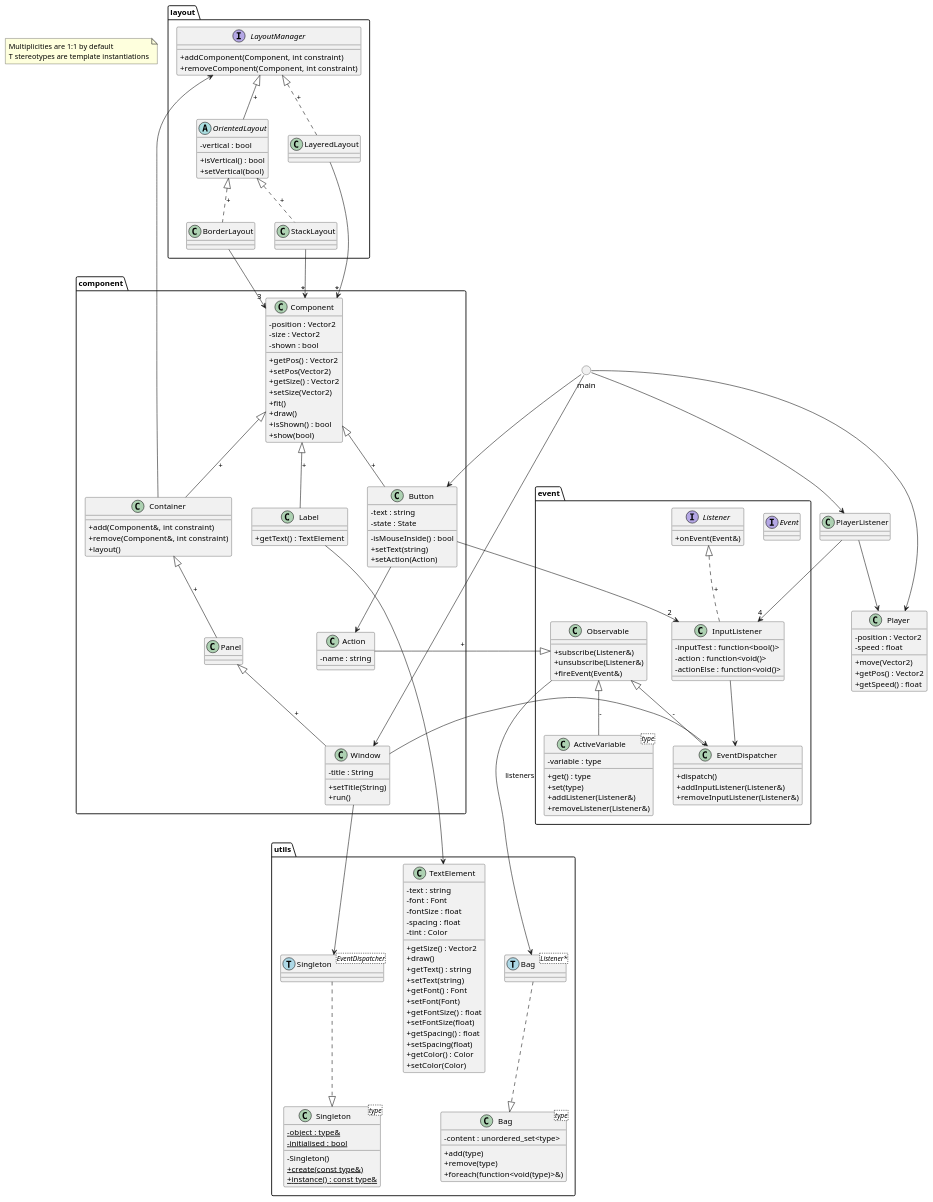
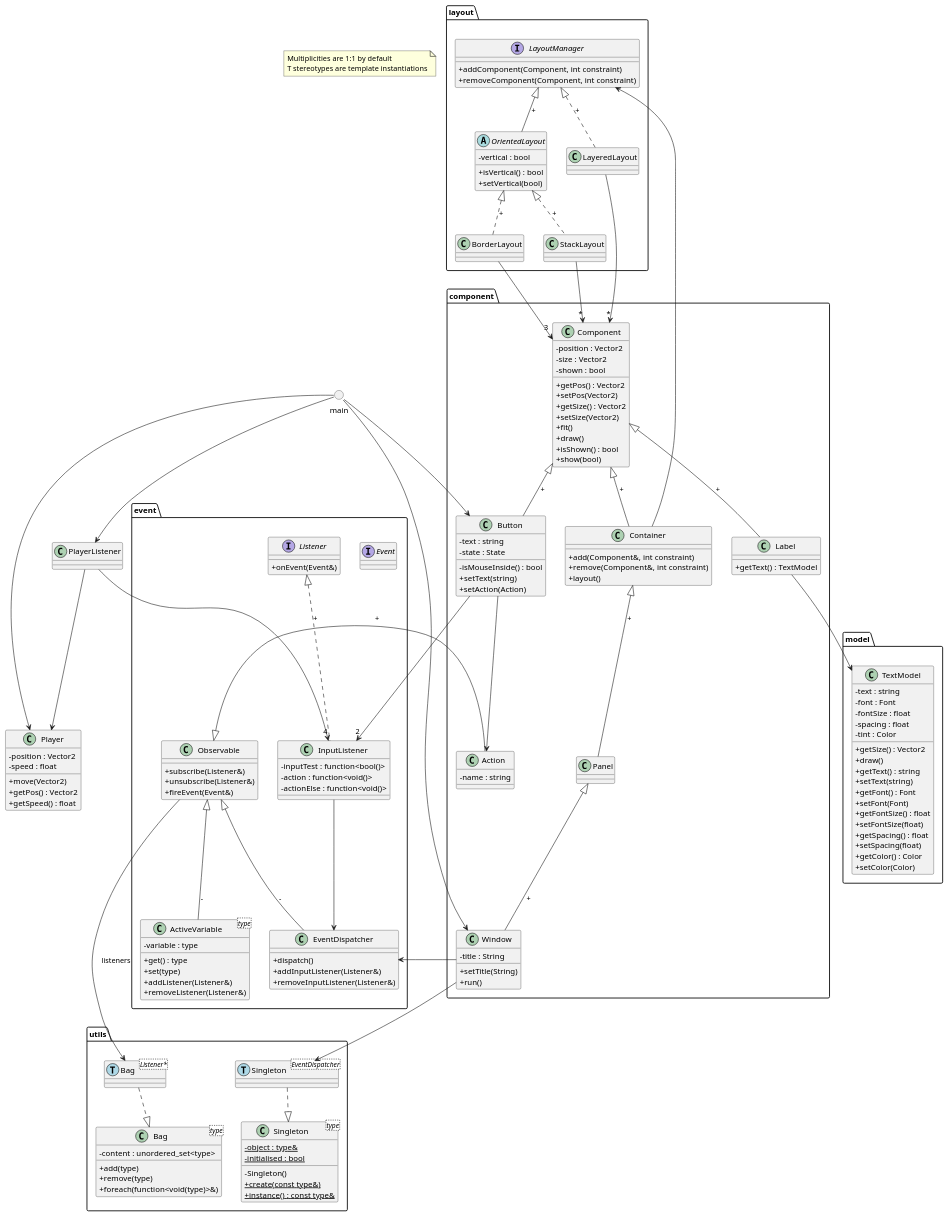
Before and after one commit to julesdupuis/CPP-UI-toolkit: the diagram in project.puml, drawn with PlantUML. The commit also changed 7 other files, not shown here.

Commit message:
renamed TextElement into TextModel and created a new model package for models

```diff
--- a/project.puml
+++ b/project.puml
@@ -1,197 +1,199 @@
 @startuml project
 
 skinparam classAttributeIconSize 0
 
 note as mainNote
     Multiplicities are 1:1 by default
     T stereotypes are template instantiations
 end note
 
 () main
 class Player{
     -position : Vector2
     -speed : float
     +move(Vector2)
     +getPos() : Vector2
     +getSpeed() : float
 }
 class PlayerListener{
 
 }
 
 main --> Player
 main --> PlayerListener
 
 package utils{
     class Bag<type>{
         -content : unordered_set<type>
         +add(type)
         +remove(type)
         +foreach(function<void(type)>&)
     }
     class "Bag<Listener*>" as BagListener <<(T,LightBlue)>>
 
     class Singleton<type>{
         {static} -object : type&
         {static} -initialised : bool
         -Singleton()
         {static} +create(const type&)
         {static} +instance() : const type&
     }
     class "Singleton<EventDispatcher>" as SingletonEventDispatcher <<(T,LightBlue)>>
-
-    class TextElement{
-        -text : string
-        -font : Font
-        -fontSize : float
-        -spacing : float
-        -tint : Color
-        +getSize() : Vector2
-        +draw()
-        +getText() : string
-        +setText(string)
-        +getFont() : Font
-        +setFont(Font)
-        +getFontSize() : float
-        +setFontSize(float)
-        +getSpacing() : float
-        +setSpacing(float)
-        +getColor() : Color
-        +setColor(Color)
-    }
 }
 
 BagListener ..|> Bag
 SingletonEventDispatcher ..|> Singleton
 
 package event{
     interface Event
     interface Listener{
         +onEvent(Event&)
     }
     class Observable{
         +subscribe(Listener&)
         +unsubscribe(Listener&)
         +fireEvent(Event&)
     }
     class InputListener{
         {field} -inputTest : function<bool()>
         {field} -action : function<void()>
         {field} -actionElse : function<void()>
     }
     class EventDispatcher{
         +dispatch()
         +addInputListener(Listener&)
         +removeInputListener(Listener&)
     }
     class ActiveVariable<type>{
         -variable : type
         +get() : type
         +set(type)
         +addListener(Listener&)
         +removeListener(Listener&)
     }
 }
 
 Listener <|.. InputListener : +
 Observable <|-- EventDispatcher : -
 Observable <|-- ActiveVariable : -
 Observable --> BagListener : listeners
 
 InputListener --> EventDispatcher
 
 package component{
     class Component{
         -position : Vector2
         -size : Vector2
         -shown : bool
         +getPos() : Vector2
         +setPos(Vector2)
         +getSize() : Vector2
         +setSize(Vector2)
         +fit()
         +draw()
         +isShown() : bool
         +show(bool)
     }
     class Button{
         -text : string
         -state : State
         -isMouseInside() : bool
         +setText(string)
         +setAction(Action)
     }
     class Action{
         -name : string
     }
     class Container{
         +add(Component&, int constraint)
         +remove(Component&, int constraint)
         +layout()
     }
     class Panel{
 
     }
     class Window{
         -title : String
         +setTitle(String)
         +run()
     }
     class Label{
-        +getText() : TextElement
+        +getText() : TextModel
     }
 }
 
 Component <|-- Button : +
 Observable <|-- Action : +
 Component <|-- Container : +
 Container <|-- Panel : +
 Panel <|-- Window : +
 Component <|-- Label : +
 
 Button --> Action
 Button --> "2" InputListener
 
 Window --> EventDispatcher
 Window --> SingletonEventDispatcher
-
-Label --> TextElement
 
 package layout{
     interface LayoutManager{
         +addComponent(Component, int constraint)
         +removeComponent(Component, int constraint)
     }
     abstract class OrientedLayout{
         -vertical : bool
         +isVertical() : bool
         +setVertical(bool)
     }
     class BorderLayout{
 
     }
     class StackLayout{
 
     }
     class LayeredLayout{
 
     }
 }
 
 LayoutManager <|-- OrientedLayout : +
 OrientedLayout <|.. BorderLayout : +
 OrientedLayout <|.. StackLayout : +
 LayoutManager <|.. LayeredLayout : +
 
 Container --> LayoutManager
 BorderLayout --> "3" Component
 StackLayout --> "*" Component
 LayeredLayout --> "*" Component
 
+package model{
+    class TextModel{
+        -text : string
+        -font : Font
+        -fontSize : float
+        -spacing : float
+        -tint : Color
+        +getSize() : Vector2
+        +draw()
+        +getText() : string
+        +setText(string)
+        +getFont() : Font
+        +setFont(Font)
+        +getFontSize() : float
+        +setFontSize(float)
+        +getSpacing() : float
+        +setSpacing(float)
+        +getColor() : Color
+        +setColor(Color)
+    }
+}
+
+Label --> TextModel
+
 PlayerListener --> "4" InputListener
 PlayerListener --> Player
 
 main --> Window
 main --> Button
 
 @enduml
```
